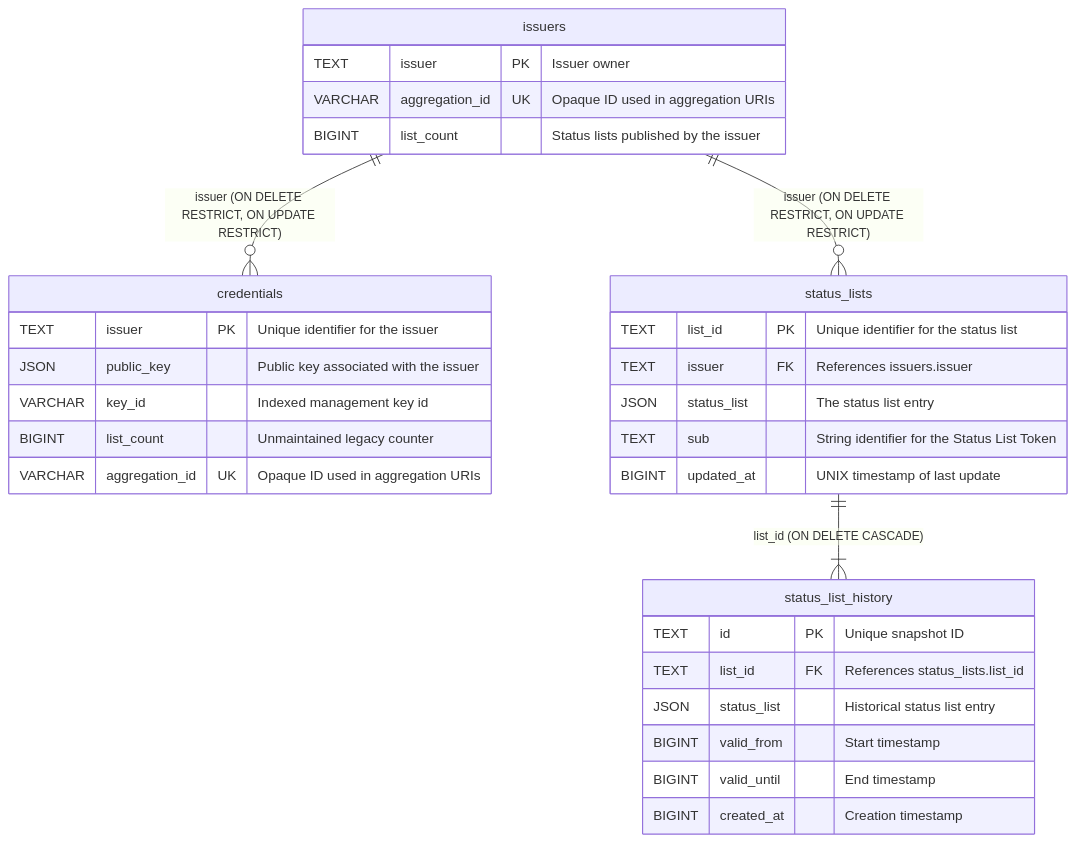
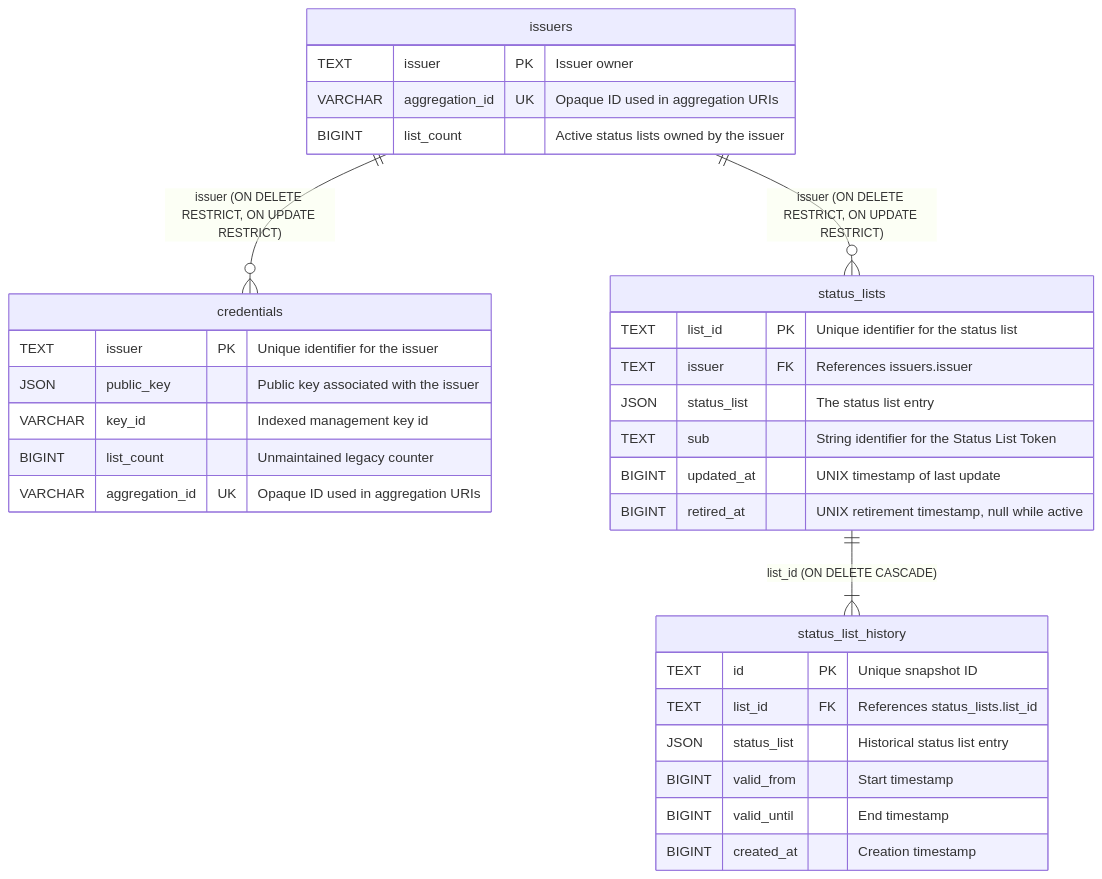
One commit to adorsys/status-list-server changed the diagram in src/outbound/sql/README.md. Above: the diagram before and after it, drawn with Mermaid. The commit also changed other lines of this file and 33 other files, not shown here.

First line of the commit message:
feat(status-list): add operator retirement and quota release (#795)

````diff
--- a/src/outbound/sql/README.md
+++ b/src/outbound/sql/README.md
@@ -162,33 +164,34 @@
 ```mermaid
 erDiagram
     credentials {
         TEXT issuer PK "Unique identifier for the issuer"
         JSON public_key "Public key associated with the issuer"
         VARCHAR key_id "Indexed management key id"
         BIGINT list_count "Unmaintained legacy counter"
         VARCHAR aggregation_id UK "Opaque ID used in aggregation URIs"
     }
     issuers {
         TEXT issuer PK "Issuer owner"
         VARCHAR aggregation_id UK "Opaque ID used in aggregation URIs"
-        BIGINT list_count "Status lists published by the issuer"
+        BIGINT list_count "Active status lists owned by the issuer"
     }
     status_lists {
         TEXT list_id PK "Unique identifier for the status list"
         TEXT issuer FK "References issuers.issuer"
         JSON status_list "The status list entry"
         TEXT sub "String identifier for the Status List Token"
         BIGINT updated_at "UNIX timestamp of last update"
+        BIGINT retired_at "UNIX retirement timestamp, null while active"
     }
     status_list_history {
         TEXT id PK "Unique snapshot ID"
         TEXT list_id FK "References status_lists.list_id"
         JSON status_list "Historical status list entry"
         BIGINT valid_from "Start timestamp"
         BIGINT valid_until "End timestamp"
         BIGINT created_at "Creation timestamp"
     }
     issuers ||--o{ credentials : "issuer (ON DELETE RESTRICT, ON UPDATE RESTRICT)"
     issuers ||--o{ status_lists : "issuer (ON DELETE RESTRICT, ON UPDATE RESTRICT)"
     status_lists ||--|{ status_list_history : "list_id (ON DELETE CASCADE)"
 ```
````
